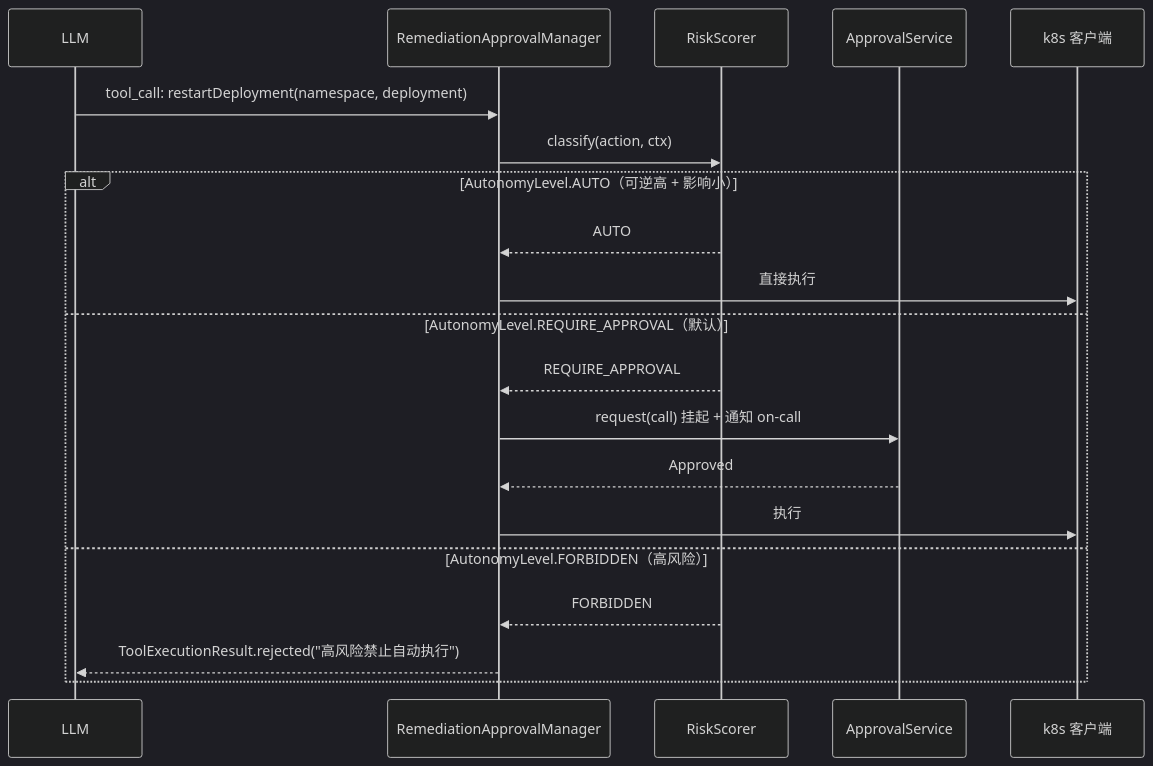
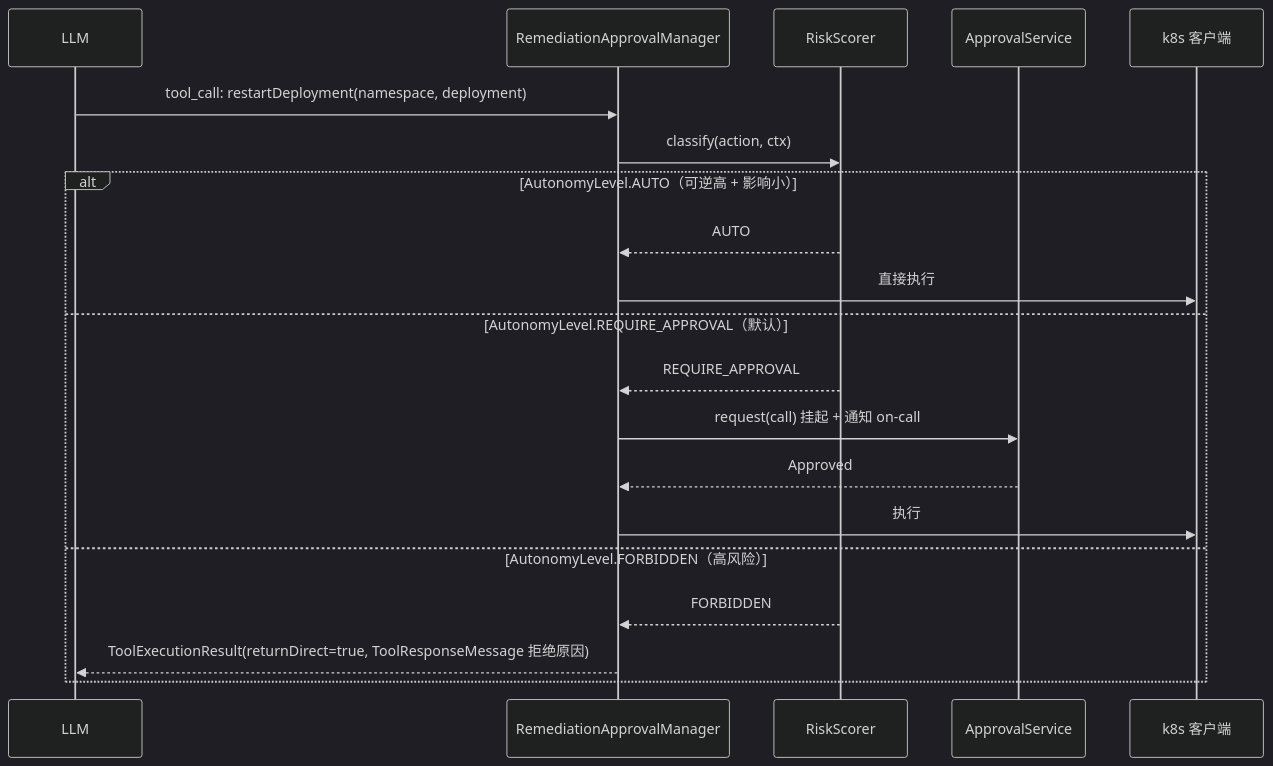
One commit to UranusGit/java-agent-learn changed the diagram in docs/项目/09-智能运维AIOps平台/04-迭代三-自动处置HITL.md. Above: the diagram before and after it, drawn with Mermaid (dark theme). The commit also changed other lines of this file and 244 other files, not shown here.

````diff
--- a/docs/项目/09-智能运维AIOps平台/04-迭代三-自动处置HITL.md
+++ b/docs/项目/09-智能运维AIOps平台/04-迭代三-自动处置HITL.md
@@ -32,23 +32,23 @@
 ```mermaid
 sequenceDiagram
     participant LLM as LLM
     participant TCM as RemediationApprovalManager
     participant RS as RiskScorer
     participant AP as ApprovalService
     participant K8S as k8s 客户端
 
     LLM->>TCM: tool_call: restartDeployment(namespace, deployment)
     TCM->>RS: classify(action, ctx)
     alt AutonomyLevel.AUTO（可逆高 + 影响小）
         RS-->>TCM: AUTO
         TCM->>K8S: 直接执行
     else AutonomyLevel.REQUIRE_APPROVAL（默认）
         RS-->>TCM: REQUIRE_APPROVAL
         TCM->>AP: request(call) 挂起 + 通知 on-call
         AP-->>TCM: Approved
         TCM->>K8S: 执行
     else AutonomyLevel.FORBIDDEN（高风险）
         RS-->>TCM: FORBIDDEN
-        TCM-->>LLM: ToolExecutionResult.rejected("高风险禁止自动执行")
+        TCM-->>LLM: ToolExecutionResult(returnDirect=true, ToolResponseMessage 拒绝原因)
     end
 ```
````
